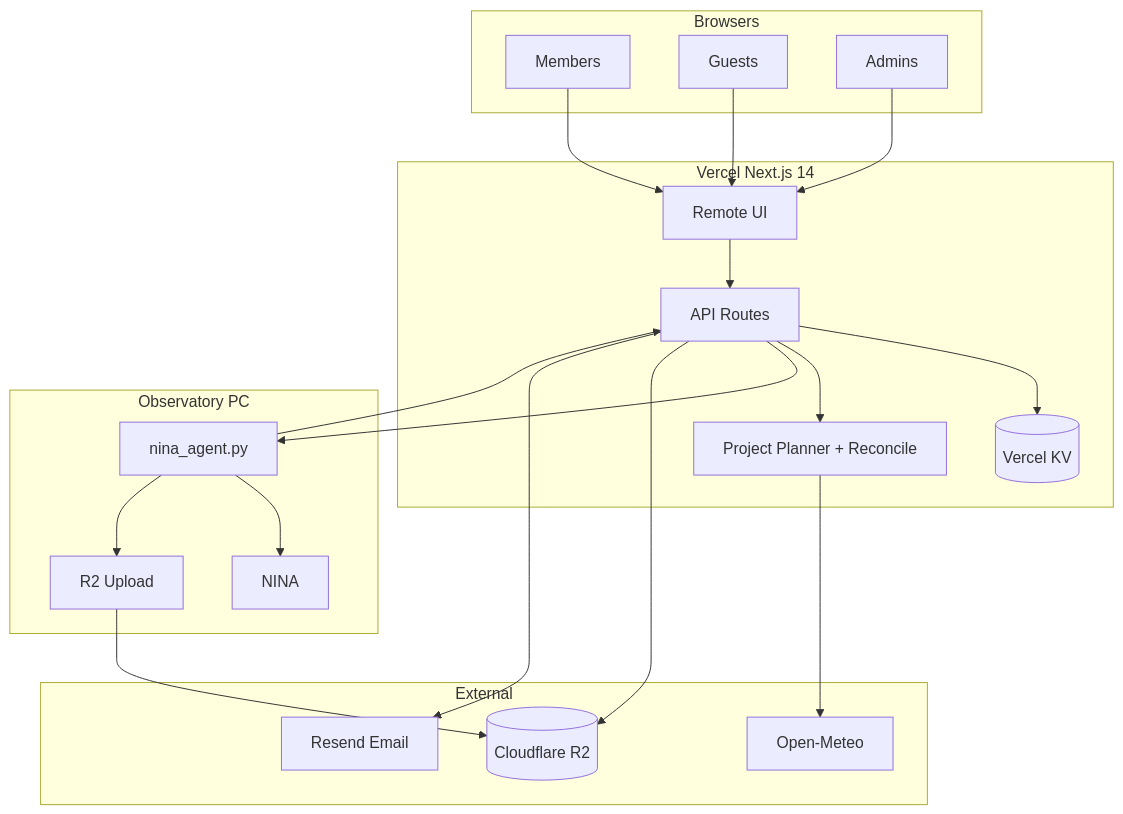
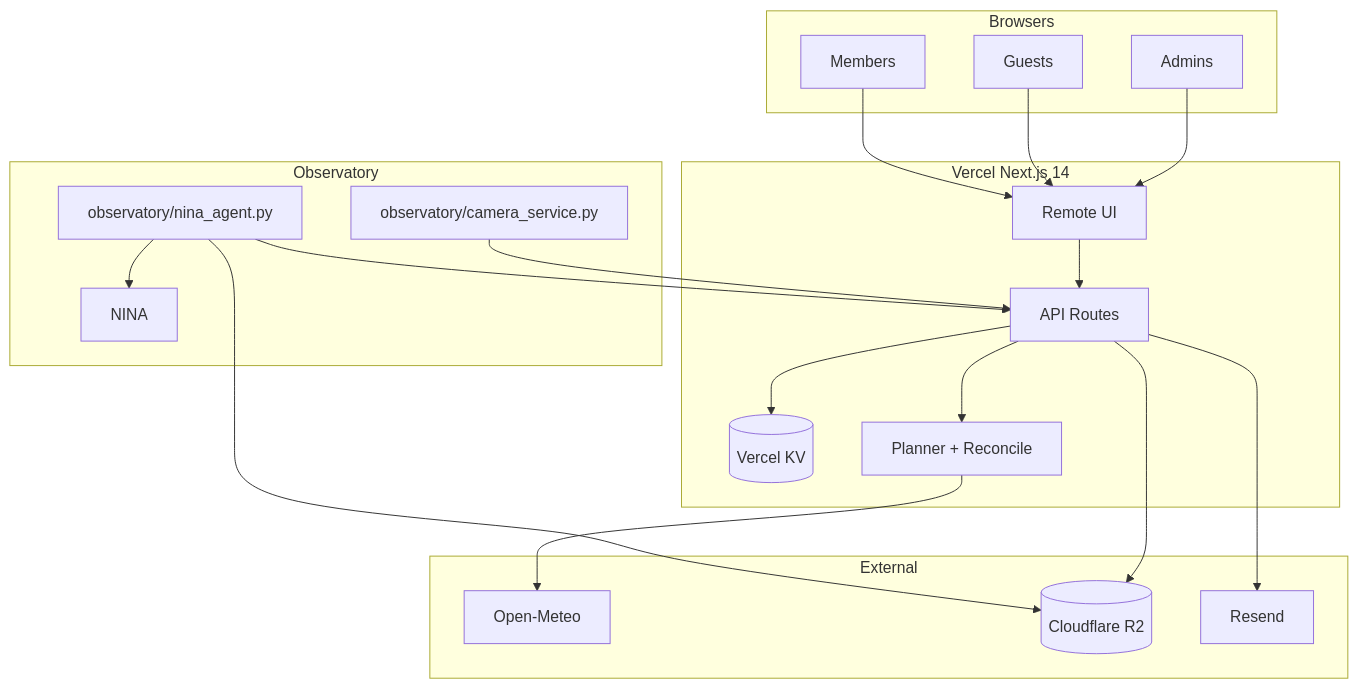
One commit to QimingTian/Pomfret-Astro-Website changed the diagram in README.md. Above: the diagram before and after it, drawn with Mermaid. The commit also changed other lines of this file and 80 other files, not shown here.

````diff
--- a/README.md
+++ b/README.md
@@ -590,41 +440,41 @@
 ```mermaid
 flowchart TB
   subgraph users [Browsers]
     M[Members]
     G[Guests]
     A[Admins]
   end
 
   subgraph vercel [Vercel Next.js 14]
     Remote[Remote UI]
     API[API Routes]
     KV[(Vercel KV)]
-    Planner[Project Planner + Reconcile]
+    Planner[Planner + Reconcile]
   end
 
-  subgraph obs [Observatory PC]
-    Agent[nina_agent.py]
+  subgraph obs [Observatory]
+    Agent[observatory/nina_agent.py]
+    Cam[observatory/camera_service.py]
     NINA[NINA]
-    R2Up[R2 Upload]
   end
 
   subgraph external [External]
     OM[Open-Meteo]
     R2[(Cloudflare R2)]
-    Resend[Resend Email]
+    Resend[Resend]
   end
 
   M --> Remote
   G --> Remote
   A --> Remote
   Remote --> API
   API --> KV
   API --> Planner
   Planner --> OM
   Agent --> API
-  API --> Agent
+  Cam --> API
   Agent --> NINA
-  Agent --> R2Up --> R2
+  Agent --> R2
   API --> R2
   API --> Resend
 ```
````
